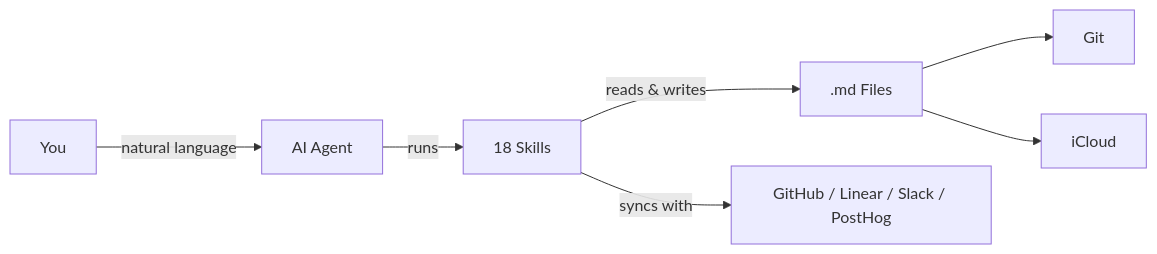
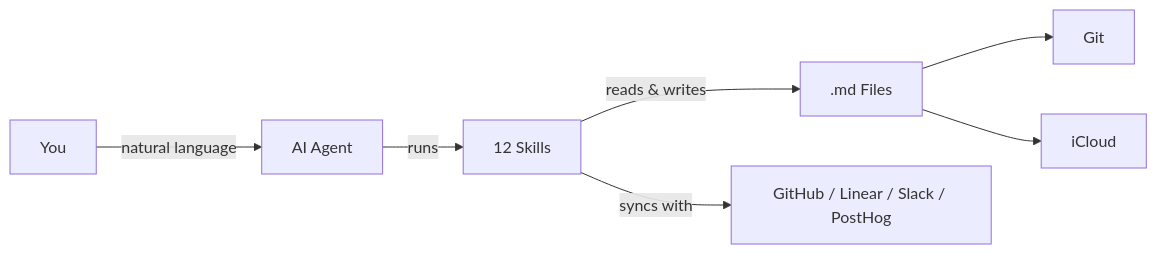
Before and after one commit to gius/COG-second-brain: the first of 2 diagrams in README.md, drawn with Mermaid. The commit also changed other lines of this file and 2 other files, not shown here.

````diff
--- a/README.md
+++ b/README.md
@@ -9,9 +11,9 @@
 ```mermaid
 graph LR
     A[You] -- natural language --> B[AI Agent]
-    B -- runs --> C[18 Skills]
+    B -- runs --> C[12 Skills]
     C -- reads & writes --> D[.md Files]
     C -- syncs with --> G[GitHub / Linear / Slack / PostHog]
     D --> E[Git]
     D --> F[iCloud]
 ```
````
